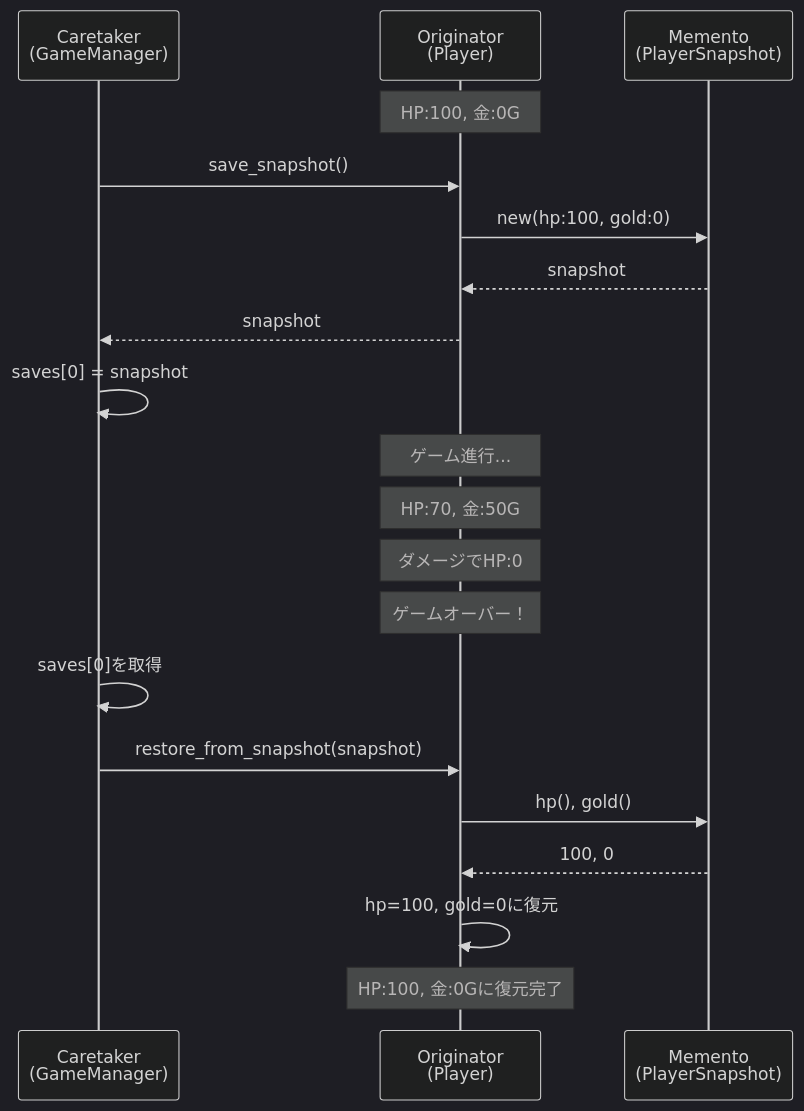
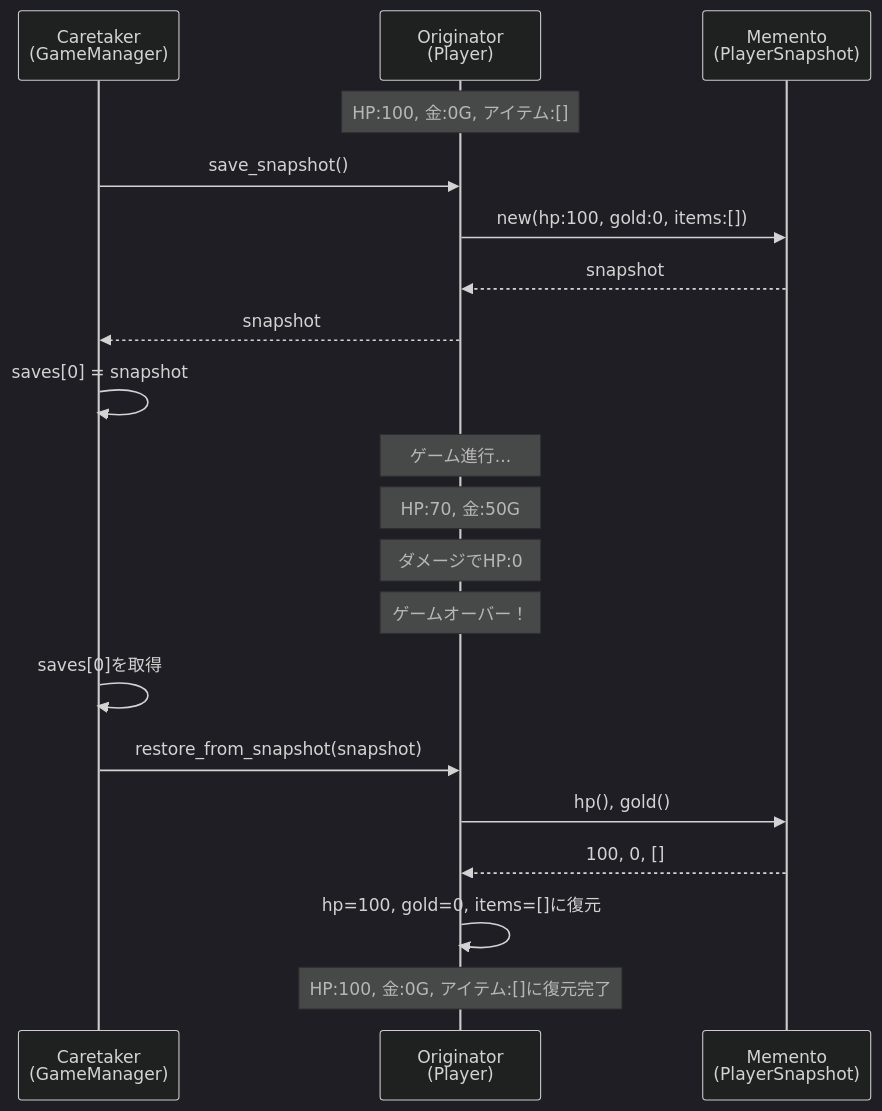
One commit to nqou-net/www.nqou.net changed the second of 6 diagrams in content/post/2026/01/13/233533.md. Above: the diagram before and after it, drawn with Mermaid (dark theme). The commit also changed other lines of this file and 1 other file, not shown here.

````diff
--- a/content/post/2026/01/13/233533.md
+++ b/content/post/2026/01/13/233533.md
@@ -178,27 +178,27 @@
 ```mermaid
 sequenceDiagram
     participant C as Caretaker<br/>(GameManager)
     participant O as Originator<br/>(Player)
     participant M as Memento<br/>(PlayerSnapshot)
     
-    Note over O: HP:100, 金:0G
+    Note over O: HP:100, 金:0G, アイテム:[]
     C->>O: save_snapshot()
-    O->>M: new(hp:100, gold:0)
+    O->>M: new(hp:100, gold:0, items:[])
     M-->>O: snapshot
     O-->>C: snapshot
     C->>C: saves[0] = snapshot
     
     Note over O: ゲーム進行...
     Note over O: HP:70, 金:50G
     
     Note over O: ダメージでHP:0
     Note over O: ゲームオーバー！
     
     C->>C: saves[0]を取得
     C->>O: restore_from_snapshot(snapshot)
     O->>M: hp(), gold()
-    M-->>O: 100, 0
-    O->>O: hp=100, gold=0に復元
+    M-->>O: 100, 0, []
+    O->>O: hp=100, gold=0, items=[]に復元
     
-    Note over O: HP:100, 金:0Gに復元完了
+    Note over O: HP:100, 金:0G, アイテム:[]に復元完了
 ```
````
